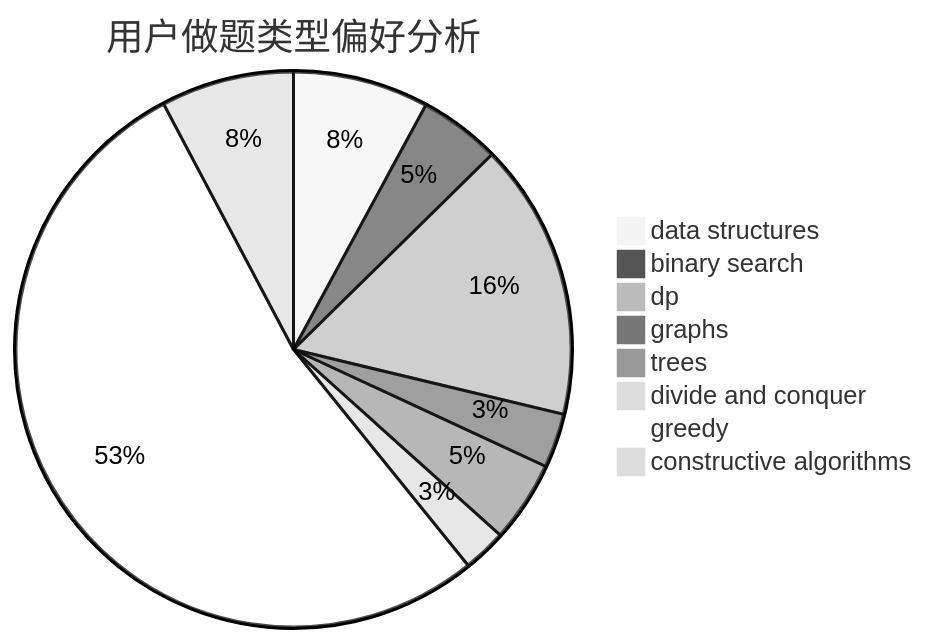
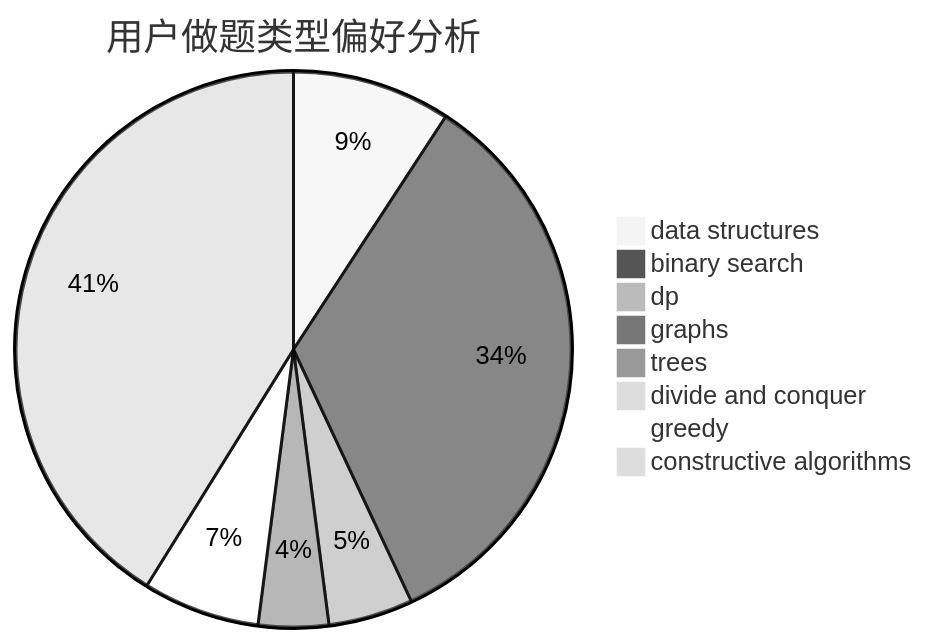
Before and after one commit to sherpahu/cfrs.github.io: the second of 3 diagrams in docs/user/u596.md, drawn with Mermaid (neutral theme). The commit also changed other lines of this file and 2770 other files, not shown here.

````diff
--- a/docs/user/u596.md
+++ b/docs/user/u596.md
@@ -23,11 +23,11 @@
 ```mermaid
 pie title 用户做题类型偏好分析
-    "data structures" :  50
-    "binary search" :  30
-    "dp" :  102
-    "graphs" :  20
-    "trees" :  30
-    "divide and conquer" :  16
-    "greedy" :  336
-    "constructive algorithms" :  49
+    "data structures" :  88
+    "binary search" :  323
+    "dp" :  47
+    "graphs" :  9
+    "trees" :  39
+    "divide and conquer" :  0
+    "greedy" :  65
+    "constructive algorithms" :  393
 ```
````
